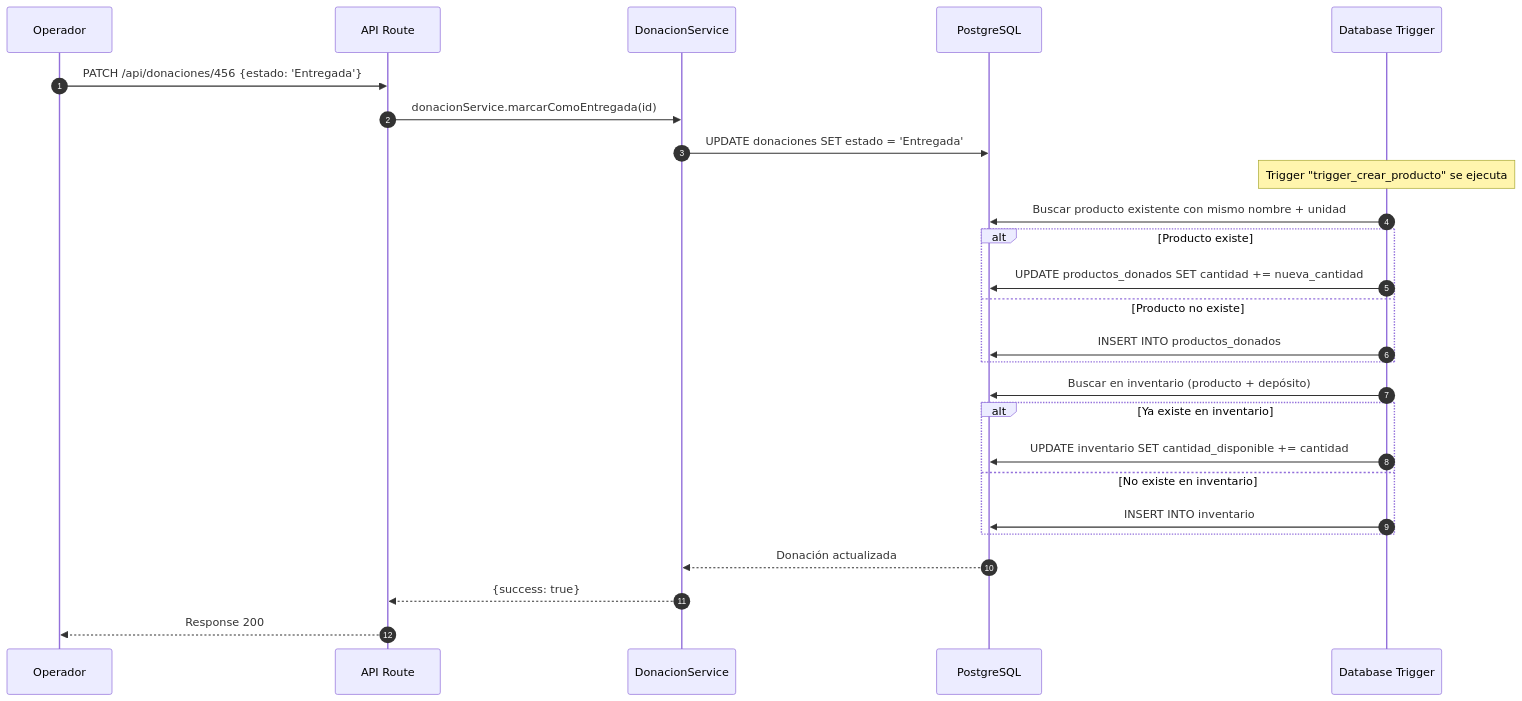
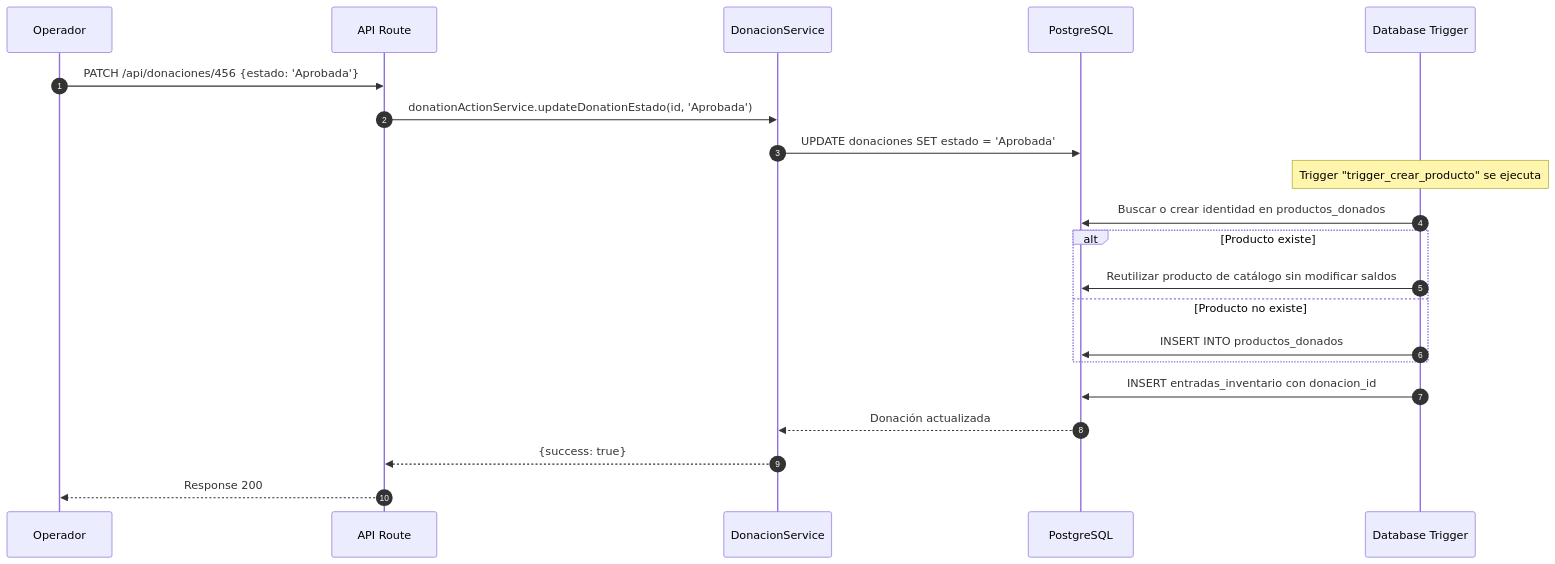
Before and after one commit to mintriago123/tesis_banco_alimentos: diagram 11 of 13 in docs/WORKFLOW.md, drawn with Mermaid. The commit also changed other lines of this file and 3 other files, not shown here.

Commit message:
refactor: actualizar documentación sobre el modelo de inventario y flujos de trabajo para reflejar cambios en la gestión de entradas y notificaciones

````diff
--- a/docs/WORKFLOW.md
+++ b/docs/WORKFLOW.md
@@ -822,36 +821,30 @@
 ```mermaid
 sequenceDiagram
     autonumber
     participant O as Operador
     participant API as API Route
     participant S as DonacionService
     participant DB as PostgreSQL
     participant T as Database Trigger
     
-    O->>API: PATCH /api/donaciones/456 {estado: 'Entregada'}
-    API->>S: donacionService.marcarComoEntregada(id)
+    O->>API: PATCH /api/donaciones/456 {estado: 'Aprobada'}
+    API->>S: donationActionService.updateDonationEstado(id, 'Aprobada')
     
-    S->>DB: UPDATE donaciones SET estado = 'Entregada'
+    S->>DB: UPDATE donaciones SET estado = 'Aprobada'
     
     Note over T: Trigger "trigger_crear_producto" se ejecuta
     
-    T->>DB: Buscar producto existente con mismo nombre + unidad
+    T->>DB: Buscar o crear identidad en productos_donados
     
     alt Producto existe
-        T->>DB: UPDATE productos_donados SET cantidad += nueva_cantidad
+        T->>DB: Reutilizar producto de catálogo sin modificar saldos
     else Producto no existe
         T->>DB: INSERT INTO productos_donados
     end
     
-    T->>DB: Buscar en inventario (producto + depósito)
-    
-    alt Ya existe en inventario
-        T->>DB: UPDATE inventario SET cantidad_disponible += cantidad
-    else No existe en inventario
-        T->>DB: INSERT INTO inventario
-    end
+    T->>DB: INSERT entradas_inventario con donacion_id
     
     DB-->>S: Donación actualizada
     S-->>API: {success: true}
     API-->>O: Response 200
 ```
````
